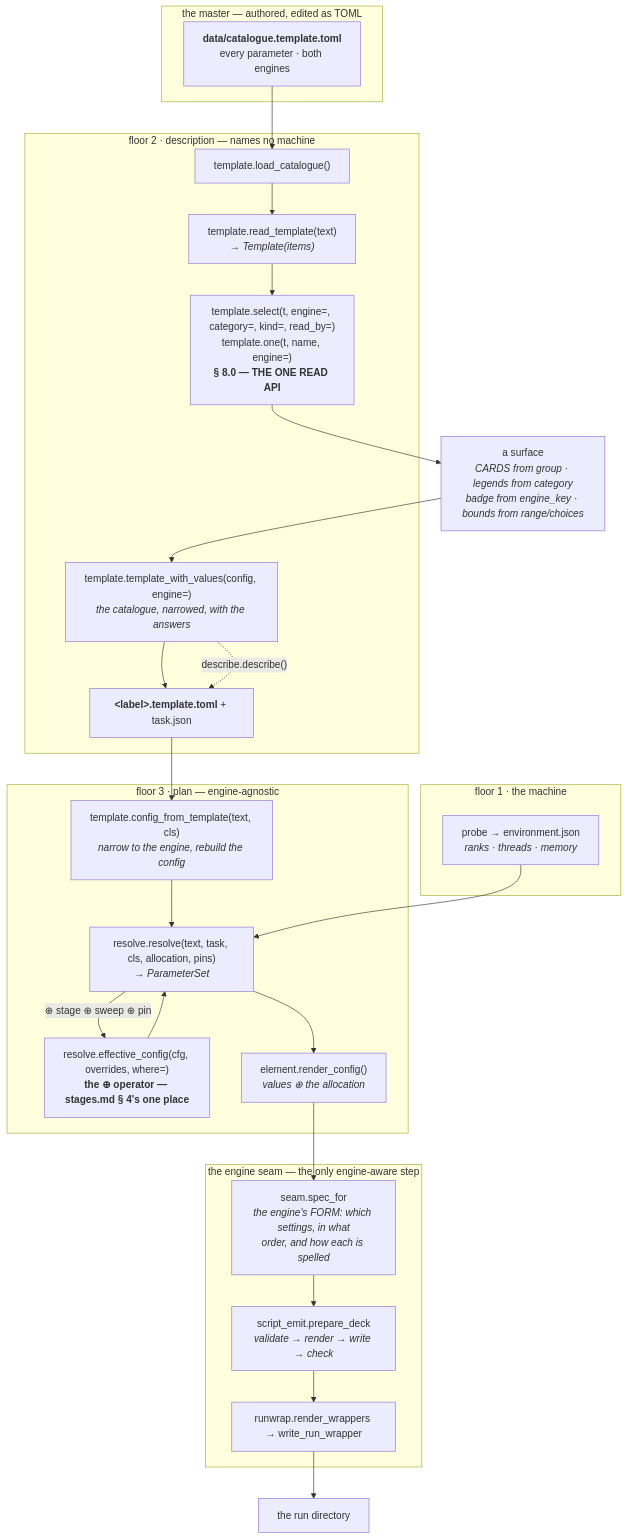
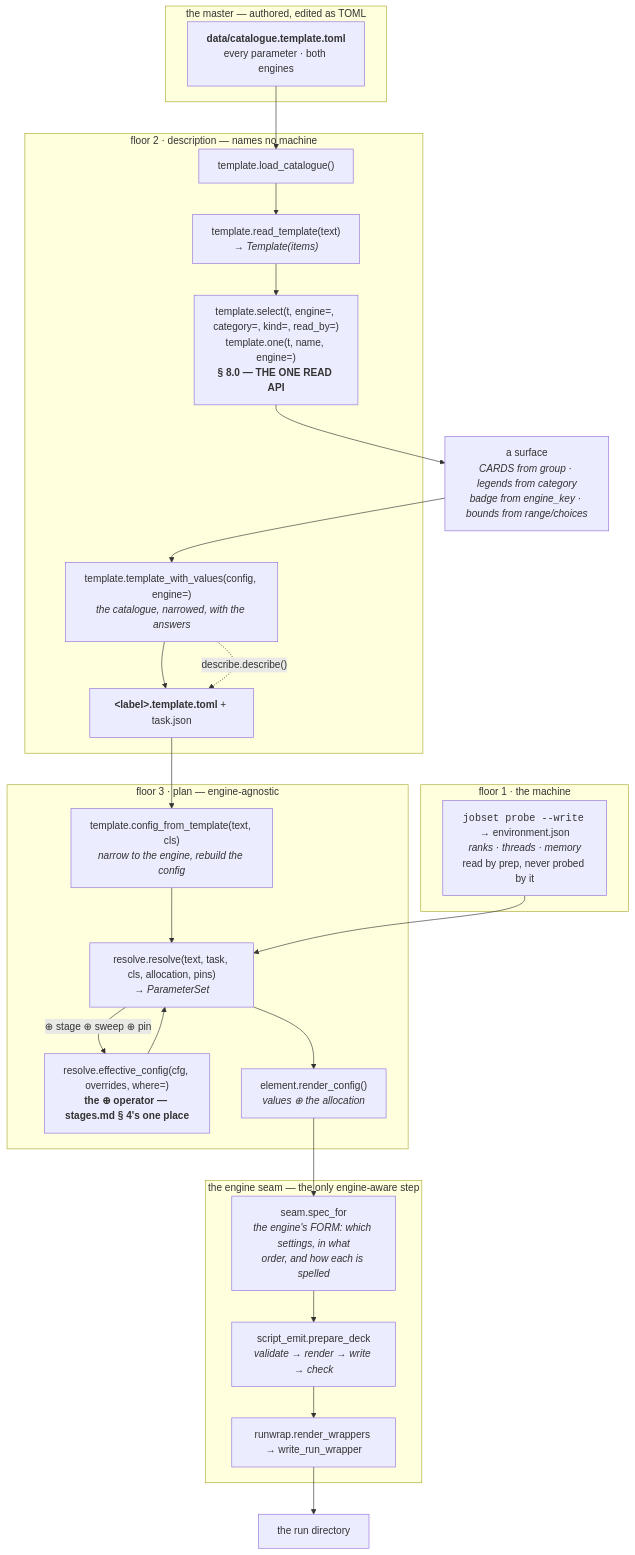
The sixth of 9 diagrams in docs/engines/template.md (Qing-LAB/molbuilder), drawn with Mermaid before and after one commit. The commit also changed other lines of this file and 17 other files, not shown here.

````diff
--- a/docs/engines/template.md
+++ b/docs/engines/template.md
@@ -1853,41 +1878,41 @@
 ```mermaid
 flowchart TD
     subgraph F0["the master — authored, edited as TOML"]
       CAT["<b>data/catalogue.template.toml</b><br/>every parameter · both engines"]
     end
 
     subgraph F2["floor 2 · description — names no machine"]
       LOAD["template.load_catalogue()"]
       READ["template.read_template(text)<br/><i>→ Template(items)</i>"]
       SEL["template.select(t, engine=, category=, kind=, read_by=)<br/>template.one(t, name, engine=)<br/><b>§ 8.0 — THE ONE READ API</b>"]
       TWV["template.template_with_values(config, engine=)<br/><i>the catalogue, narrowed, with the answers</i>"]
       TPL["<b>&lt;label&gt;.template.toml</b> + task.json"]
     end
 
     subgraph F1["floor 1 · the machine"]
-      ENV["probe → environment.json<br/><i>ranks · threads · memory</i>"]
+      ENV["<code>jobset probe --write</code> → environment.json<br/><i>ranks · threads · memory</i><br/>read by prep, never probed by it"]
     end
 
     subgraph F3["floor 3 · plan — engine-agnostic"]
       CFT["template.config_from_template(text, cls)<br/><i>narrow to the engine, rebuild the config</i>"]
       EFF["resolve.effective_config(cfg, overrides, where=)<br/><b>the ⊕ operator — stages.md § 4's one place</b>"]
       RES["resolve.resolve(text, task, cls, allocation, pins)<br/><i>→ ParameterSet</i>"]
       RC["element.render_config()<br/><i>values ⊕ the allocation</i>"]
     end
 
     subgraph FE["the engine seam — the only engine-aware step"]
       SPEC["seam.spec_for<br/><i>the engine's FORM: which settings, in what<br/>order, and how each is spelled</i>"]
       DECK["script_emit.prepare_deck<br/><i>validate → render → write → check</i>"]
       WRAP["runwrap.render_wrappers → write_run_wrapper"]
     end
 
     CAT --> LOAD --> READ --> SEL
     SEL --> UI["a surface<br/><i>CARDS from group · legends from category<br/>badge from engine_key · bounds from range/choices</i>"]
     UI --> TWV --> TPL
     TWV -.->|"describe.describe()"| TPL
     TPL --> CFT --> RES
     ENV --> RES
     RES -->|"⊕ stage ⊕ sweep ⊕ pin"| EFF
     EFF --> RES
     RES --> RC --> SPEC --> DECK --> WRAP --> RUN["the run directory"]
 ```
````
